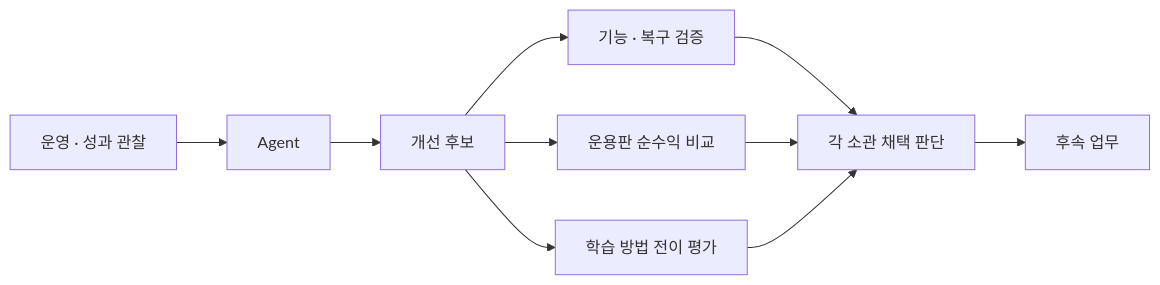
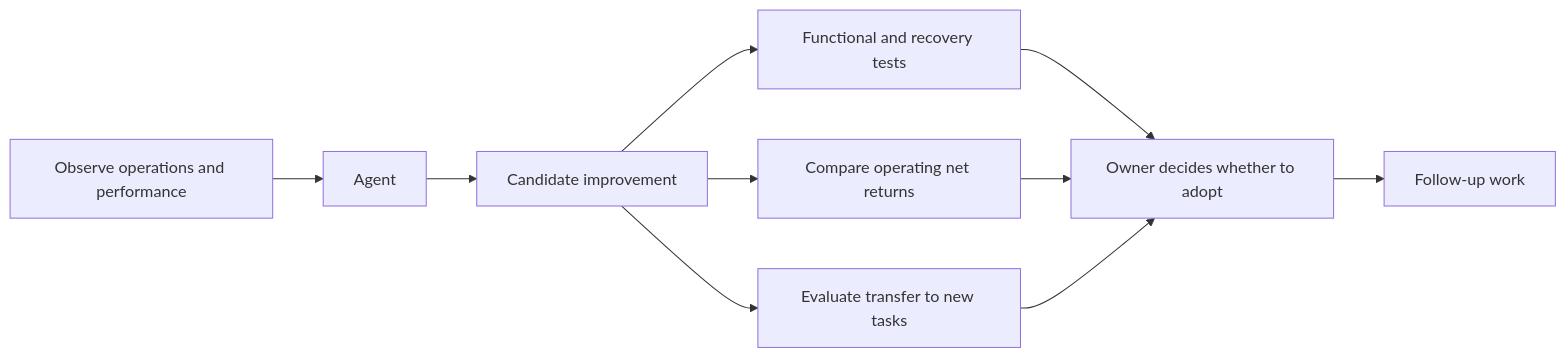
The fourth of 16 diagrams in docs/company-agent-quant.md (openboa-ai/sourdough), drawn with Mermaid before and after one commit. The commit also changed other lines of this file and 29 other files, not shown here.

````diff
--- a/docs/company-agent-quant.md
+++ b/docs/company-agent-quant.md
@@ -124,11 +124,11 @@
 ```mermaid
 flowchart LR
-    Observe["운영 · 성과 관찰"] --> Agent["Agent"] --> Candidate["개선 후보"]
-    Candidate --> Functional["기능 · 복구 검증"]
-    Candidate --> Economic["운용판 순수익 비교"]
-    Candidate --> Learning["학습 방법 전이 평가"]
-    Functional --> Decision["각 소관 채택 판단"]
+    Observe["Observe operations and performance"] --> Agent["Agent"] --> Candidate["Candidate improvement"]
+    Candidate --> Functional["Functional and recovery tests"]
+    Candidate --> Economic["Compare operating net returns"]
+    Candidate --> Learning["Evaluate transfer to new tasks"]
+    Functional --> Decision["Owner decides whether to adopt"]
     Economic --> Decision
     Learning --> Decision
-    Decision --> Work["후속 업무"]
+    Decision --> Work["Follow-up work"]
 ```
````
